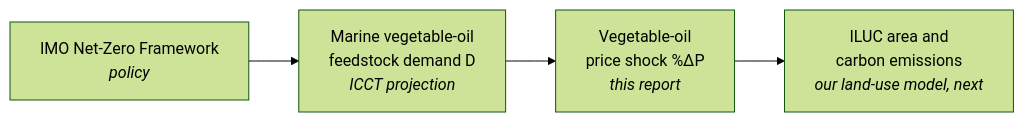
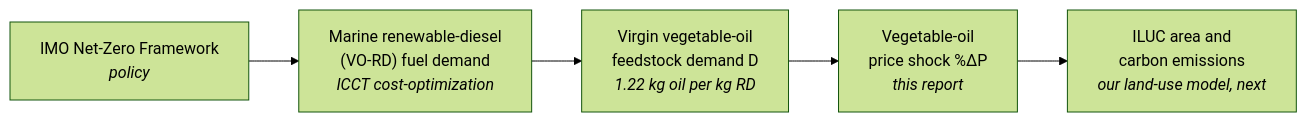
The diagram in report.qmd (emlab-ucsb/marine-biofuel-iluc-prototype), drawn with Mermaid (forest theme) before and after one commit. The commit also changed other lines of this file, not shown here.

````diff
--- a/report.qmd
+++ b/report.qmd
@@ -26,6 +26,7 @@
 ```{mermaid}
 flowchart LR
-  A["IMO Net-Zero Framework<br/><i>policy</i>"] --> B["Marine vegetable-oil<br/>feedstock demand D<br/><i>ICCT projection</i>"]
+  A["IMO Net-Zero Framework<br/><i>policy</i>"] --> F["Marine renewable-diesel<br/>(VO-RD) fuel demand<br/><i>ICCT cost-optimization</i>"]
+  F --> B["Virgin vegetable-oil<br/>feedstock demand D<br/><i>1.22 kg oil per kg RD</i>"]
   B --> C["Vegetable-oil<br/>price shock %ΔP<br/><i>this report</i>"]
   C --> D["ILUC area and<br/>carbon emissions<br/><i>our land-use model, next</i>"]
 ```
````
